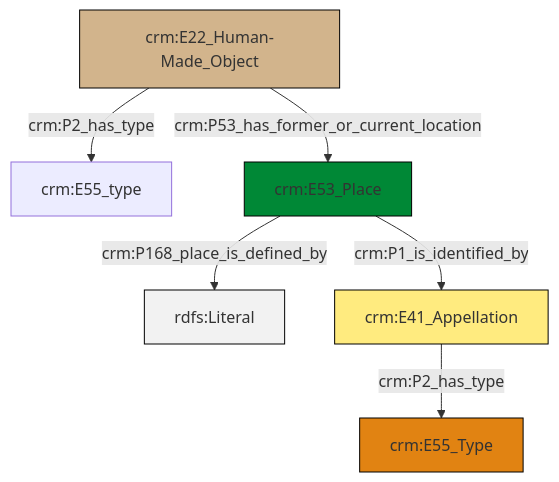
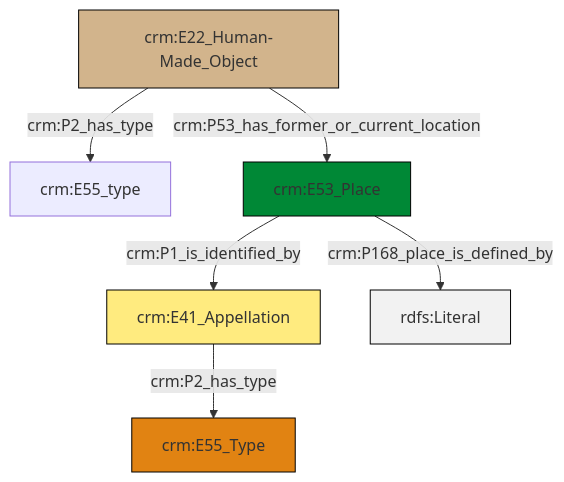
One commit to swiss-art-research-net/reference-data-models changed the diagram in et/builtWorkCSV/ttl/mmd/Built_Work_location.ttl.mmd. Above: the diagram before and after it, drawn with Mermaid. The commit also changed 126 other files, not shown here.

```diff
--- a/et/builtWorkCSV/ttl/mmd/Built_Work_location.ttl.mmd
+++ b/et/builtWorkCSV/ttl/mmd/Built_Work_location.ttl.mmd
@@ -1,20 +1,20 @@
 graph TD
 classDef Literal fill:#f2f2f2,stroke:#000000;
 classDef CRM_Entity fill:#FFFFFF,stroke:#000000;
 classDef Temporal_Entity fill:#00C9E6, stroke:#000000;
 classDef Type fill:#E18312, stroke:#000000;
 classDef Time-Span fill:#2C9C91, stroke:#000000;
 classDef Appellation fill:#FFEB7F, stroke:#000000;
 classDef Place fill:#008836, stroke:#000000;
 classDef Persistent_Item fill:#B266B2, stroke:#000000;
 classDef Conceptual_Object fill:#FFD700, stroke:#000000;
 classDef Physical_Thing fill:#D2B48C, stroke:#000000;
 classDef Actor fill:#f58aad, stroke:#000000;
 classDef PC_Classes fill:#4ce600, stroke:#000000;
 classDef Multi fill:#cccccc,stroke:#000000;
 
-2["crm:E53_Place"]:::Place -->|crm:P168_place_is_defined_by| 3[rdfs:Literal]:::Literal
-4["crm:E22_Human-Made_Object"]:::Physical_Thing -->|crm:P2_has_type| 0["crm:E55_type"]:::Default
-4["crm:E22_Human-Made_Object"]:::Physical_Thing -->|crm:P53_has_former_or_current_location| 2["crm:E53_Place"]:::Place
-5["crm:E41_Appellation"]:::Appellation -->|crm:P2_has_type| 7["crm:E55_Type"]:::Type
-2["crm:E53_Place"]:::Place -->|crm:P1_is_identified_by| 5["crm:E41_Appellation"]:::Appellation
+0["crm:E22_Human-Made_Object"]:::Physical_Thing -->|crm:P2_has_type| 2["crm:E55_type"]:::Default
+0["crm:E22_Human-Made_Object"]:::Physical_Thing -->|crm:P53_has_former_or_current_location| 3["crm:E53_Place"]:::Place
+3["crm:E53_Place"]:::Place -->|crm:P1_is_identified_by| 4["crm:E41_Appellation"]:::Appellation
+3["crm:E53_Place"]:::Place -->|crm:P168_place_is_defined_by| 6[rdfs:Literal]:::Literal
+4["crm:E41_Appellation"]:::Appellation -->|crm:P2_has_type| 7["crm:E55_Type"]:::Type
```
